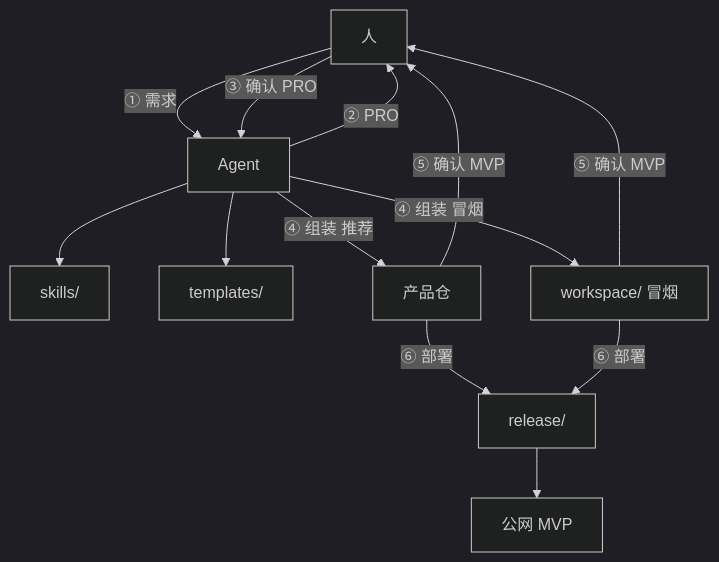
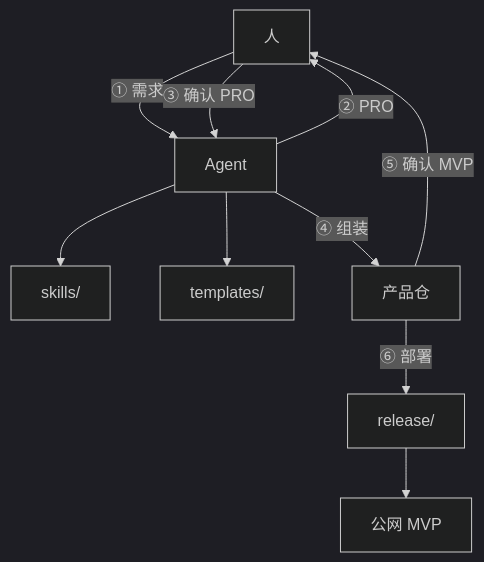
One commit to LJTian/maker-flow changed the diagram in docs/architecture.zh-CN.md. Above: the diagram before and after it, drawn with Mermaid (dark theme). The commit also changed other lines of this file and 55 other files, not shown here.

Commit message:
Remove workspace/; assemble MVPs only in product repos.

````diff
--- a/docs/architecture.zh-CN.md
+++ b/docs/architecture.zh-CN.md
@@ -15,23 +15,19 @@
 ```mermaid
 flowchart TB
     Human[人]
     Agent[Agent]
     Skills[skills/]
     Templates[templates/]
     Product[产品仓]
-    Workspace[workspace/ 冒烟]
     Release[release/]
 
     Human -->|① 需求| Agent
     Agent -->|② PRO| Human
     Human -->|③ 确认 PRO| Agent
     Agent --> Skills
     Agent --> Templates
-    Agent -->|④ 组装 推荐| Product
-    Agent -->|④ 组装 冒烟| Workspace
+    Agent -->|④ 组装| Product
     Product -->|⑤ 确认 MVP| Human
-    Workspace -->|⑤ 确认 MVP| Human
     Product -->|⑥ 部署| Release
-    Workspace -->|⑥ 部署| Release
     Release --> MVP[公网 MVP]
 ```
````
